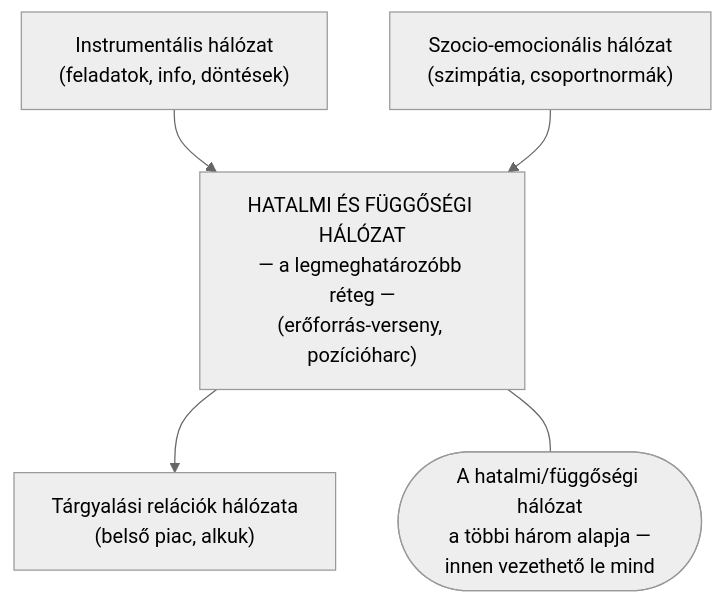
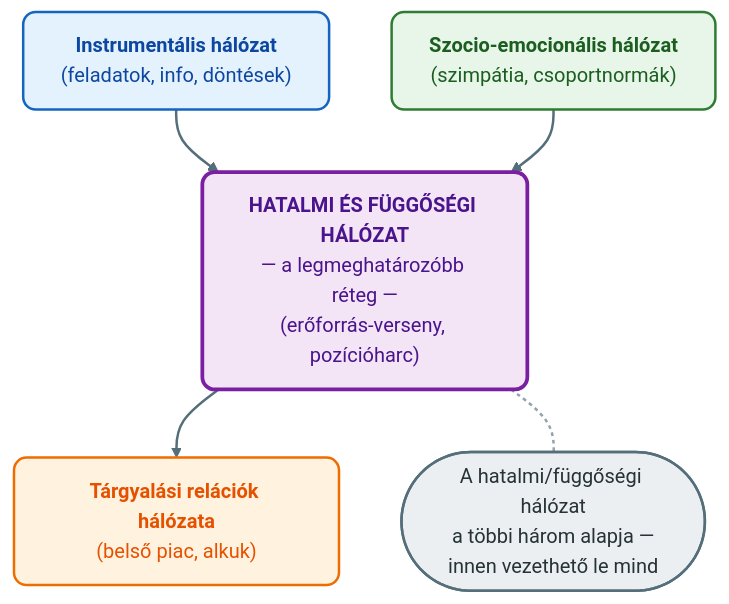
Before and after one commit to denespocsik/MM_BSC_Zarovizsga: the second of 3 diagrams in Tételek/V16-GMXVU2MBLF-Vállalat komplex hálózati modellje.tétel.md, drawn with Mermaid (neutral theme). The commit also changed other lines of this file and 34 other files, not shown here.

First line of the commit message:
style(tételek): egységes vizuális arculat a Mermaid-diagramokhoz

````diff
--- a/Tételek/V16-GMXVU2MBLF-Vállalat komplex hálózati modellje.tétel.md
+++ b/Tételek/V16-GMXVU2MBLF-Vállalat komplex hálózati modellje.tétel.md
@@ -64,14 +72,23 @@
 ```mermaid
 flowchart TD
-    I["Instrumentális hálózat\n(feladatok, info, döntések)"]
-    S["Szocio-emocionális hálózat\n(szimpátia, csoportnormák)"]
-    P["HATALMI ÉS FÜGGŐSÉGI HÁLÓZAT\n— a legmeghatározóbb réteg —\n(erőforrás-verseny, pozícióharc)"]
-    T["Tárgyalási relációk hálózata\n(belső piac, alkuk)"]
+    I["<b>Instrumentális hálózat</b><br/>(feladatok, info, döntések)"]:::kek
+    S["<b>Szocio-emocionális hálózat</b><br/>(szimpátia, csoportnormák)"]:::zold
+    P["<b>HATALMI ÉS FÜGGŐSÉGI HÁLÓZAT</b><br/>— a legmeghatározóbb réteg —<br/>(erőforrás-verseny, pozícióharc)"]:::lilaH
+    T["<b>Tárgyalási relációk hálózata</b><br/>(belső piac, alkuk)"]:::narancs
 
     I --> P
     S --> P
     P --> T
 
-    NOTE(["A hatalmi/függőségi hálózat\na többi három alapja —\ninnen vezethető le mind"])
+    NOTE(["A hatalmi/függőségi hálózat<br/>a többi három alapja —<br/>innen vezethető le mind"]):::szurke
     P --- NOTE
+
+    classDef kek     fill:#e3f2fd,stroke:#1565c0,stroke-width:2px,color:#0d47a1,rx:10,ry:10;
+    classDef zold    fill:#e8f5e9,stroke:#2e7d32,stroke-width:2px,color:#1b5e20,rx:10,ry:10;
+    classDef narancs fill:#fff3e0,stroke:#ef6c00,stroke-width:2px,color:#e65100,rx:10,ry:10;
+    classDef lilaH   fill:#f3e5f5,stroke:#7b1fa2,stroke-width:3px,color:#4a148c,rx:10,ry:10;
+    classDef szurke  fill:#eceff1,stroke:#546e7a,stroke-width:2px,color:#263238,rx:10,ry:10;
+
+    linkStyle default stroke:#546e7a,stroke-width:2px;
+    linkStyle 3 stroke:#90a4ae,stroke-width:2px,stroke-dasharray: 3 3;
 ```
````
